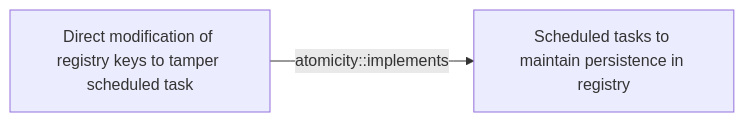
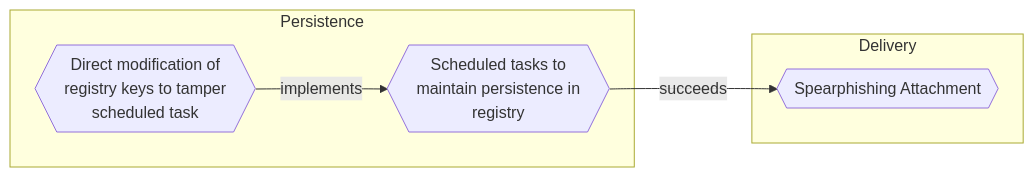
One commit to opentidehq/library changed the diagram in docs/threats/direct-modification-of-registry-keys-to-tamper-scheduled-task.md. Above: the diagram before and after it, drawn with Mermaid. The commit also changed other lines of this file and 540 other files, not shown here.

````diff
--- a/docs/threats/direct-modification-of-registry-keys-to-tamper-scheduled-task.md
+++ b/docs/threats/direct-modification-of-registry-keys-to-tamper-scheduled-task.md
@@ -117,6 +121,12 @@
 ```mermaid
 flowchart LR
-efe13bd7_c621_423b_b226_9b536766a252["Direct modification of registry keys to tamper scheduled task"]
-5e66f826_4c4b_4357_b9c5_2f40da207f34["Scheduled tasks to maintain persistence in registry"]
-efe13bd7_c621_423b_b226_9b536766a252 -->|atomicity::implements| 5e66f826_4c4b_4357_b9c5_2f40da207f34
+subgraph "Persistence"
+efe13bd7_c621_423b_b226_9b536766a252{{"Direct modification of<br>registry keys to tamper<br>scheduled task"}}
+5e66f826_4c4b_4357_b9c5_2f40da207f34{{"Scheduled tasks to<br>maintain persistence in<br>registry"}}
+end
+subgraph "Delivery"
+dd5d942c_bac4_4000_b9a6_ca4fef6cfb84{{"Spearphishing Attachment"}}
+end
+efe13bd7_c621_423b_b226_9b536766a252 -->|implements| 5e66f826_4c4b_4357_b9c5_2f40da207f34
+5e66f826_4c4b_4357_b9c5_2f40da207f34 -->|succeeds| dd5d942c_bac4_4000_b9a6_ca4fef6cfb84
 ```
````
